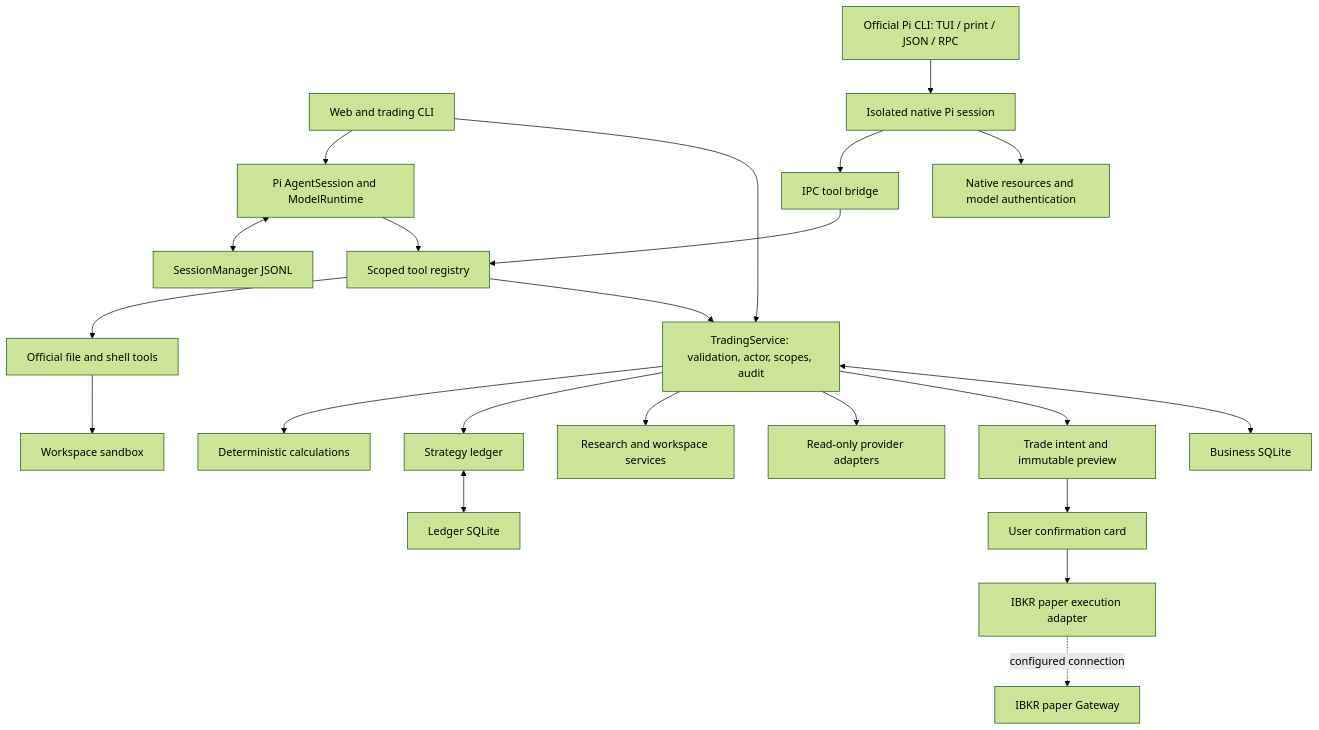
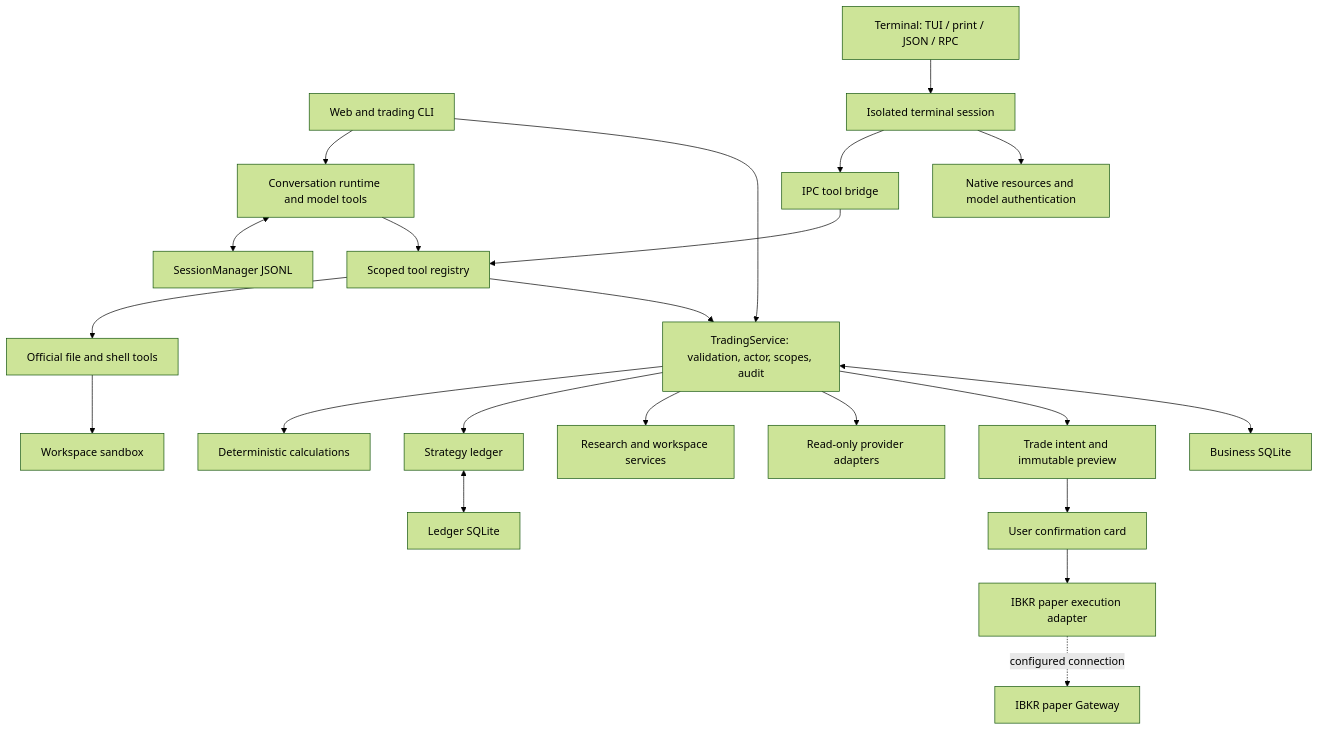
Before and after one commit to Leon1689/trading-agent: the diagram in docs/architecture.md, drawn with Mermaid (forest theme). The commit also changed other lines of this file and 43 other files, not shown here.

Commit message:
Rename product to trading agent

````diff
--- a/docs/architecture.md
+++ b/docs/architecture.md
@@ -7,24 +9,24 @@
 ```mermaid
 flowchart TD
-    Web[Web and trading CLI] --> Session[Pi AgentSession and ModelRuntime]
-    Native[Official Pi CLI: TUI / print / JSON / RPC] --> NS[Isolated native Pi session]
+    Web[Web and trading CLI] --> Session[Conversation runtime and model tools]
+    Native[Terminal: TUI / print / JSON / RPC] --> NS[Isolated terminal session]
     NS --> Bridge[IPC tool bridge]
     NS --> Resources[Native resources and model authentication]
     Session <--> JSONL[SessionManager JSONL]
     Session --> Gate[Scoped tool registry]
     Bridge --> Gate
     Gate --> Computer[Official file and shell tools]
     Computer --> Sandbox[Workspace sandbox]
     Gate --> Service[TradingService: validation, actor, scopes, audit]
     Web --> Service
     Service --> Quant[Deterministic calculations]
     Service --> Ledger[Strategy ledger]
     Service --> Research[Research and workspace services]
     Service --> Read[Read-only provider adapters]
     Service --> Intent[Trade intent and immutable preview]
     Intent --> Review[User confirmation card]
     Review --> Execution[IBKR paper execution adapter]
     Execution -. configured connection .-> IBKR[IBKR paper Gateway]
     Service <--> DB[Business SQLite]
     Ledger <--> LDB[Ledger SQLite]
 ```
````
